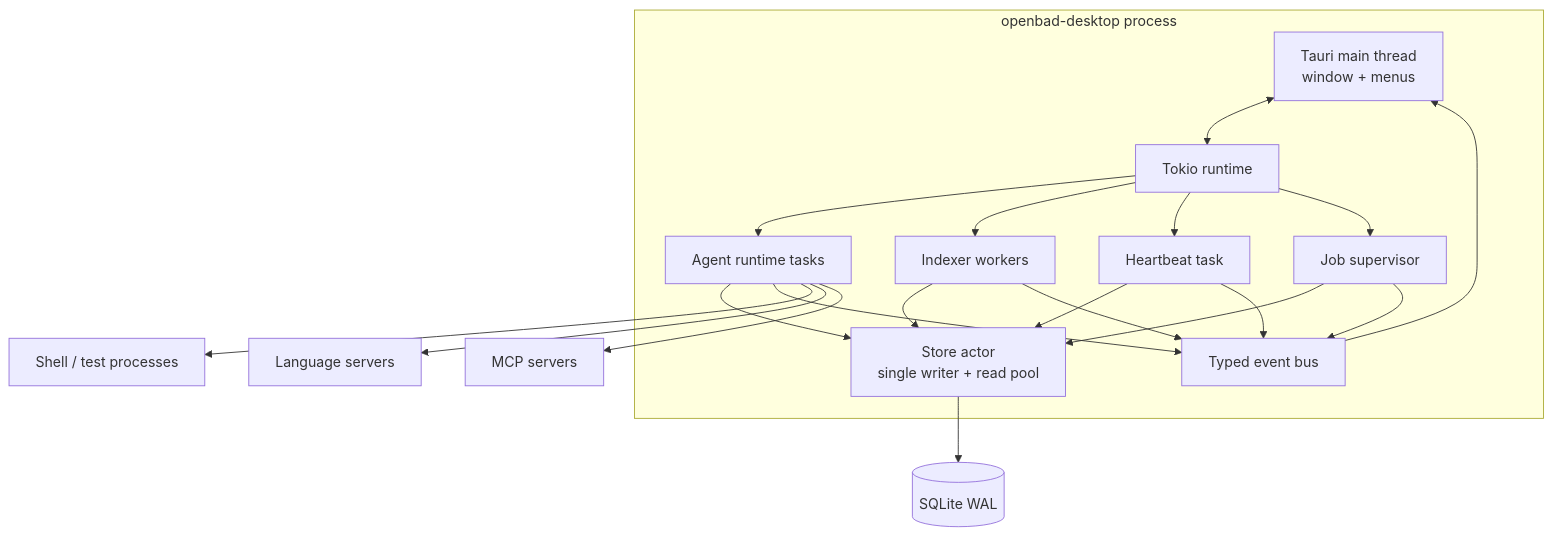
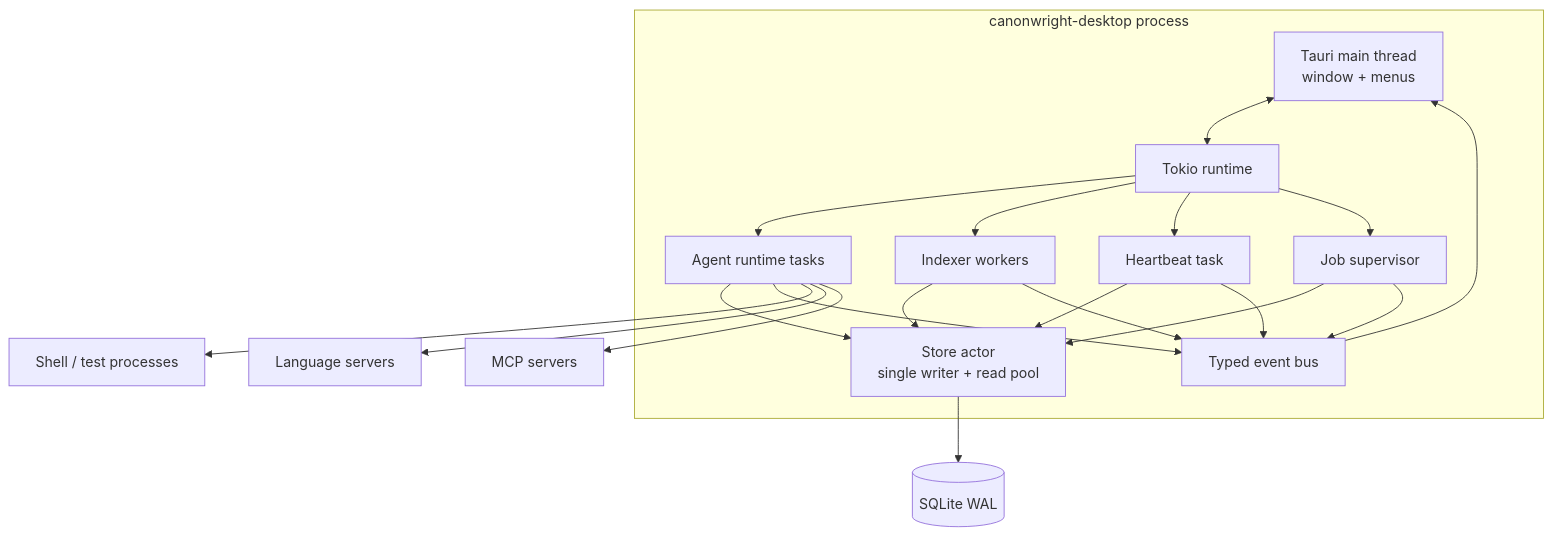
Before and after one commit to bruceamoser/canonwright: the third of 8 diagrams in docs/architecture/01-system-overview.md, drawn with Mermaid. The commit also changed other lines of this file and 279 other files, not shown here.

First line of the commit message:
feat: rebrand the harness as Canonwright and add the Story State Graph

````diff
--- a/docs/architecture/01-system-overview.md
+++ b/docs/architecture/01-system-overview.md
@@ -149,37 +149,37 @@
 ```mermaid
 flowchart TB
-    subgraph Process["openbad-desktop process"]
+    subgraph Process["canonwright-desktop process"]
         TauriMain[Tauri main thread<br/>window + menus]
         Tokio[Tokio runtime]
         StoreActor[Store actor<br/>single writer + read pool]
         Indexer[Indexer workers]
         Heartbeat[Heartbeat task]
         JobRunner[Job supervisor]
         Agent[Agent runtime tasks]
         EventBus[Typed event bus]
     end
 
     DB[(SQLite WAL)]
     Child1[Shell / test processes]
     Child2[Language servers]
     Child3[MCP servers]
 
     TauriMain <--> Tokio
     Tokio --> Agent
     Tokio --> Indexer
     Tokio --> Heartbeat
     Tokio --> JobRunner
     Agent --> StoreActor
     Indexer --> StoreActor
     Heartbeat --> StoreActor
     JobRunner --> StoreActor
     StoreActor --> DB
     Agent --> EventBus
     Indexer --> EventBus
     Heartbeat --> EventBus
     JobRunner --> EventBus
     EventBus --> TauriMain
     Agent --> Child1
     Agent --> Child2
     Agent --> Child3
 ```
````
